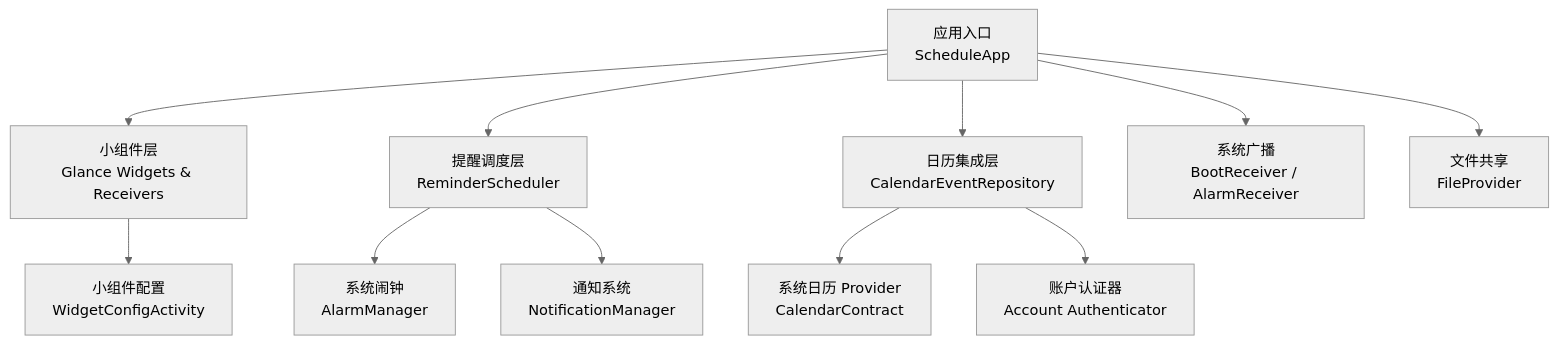
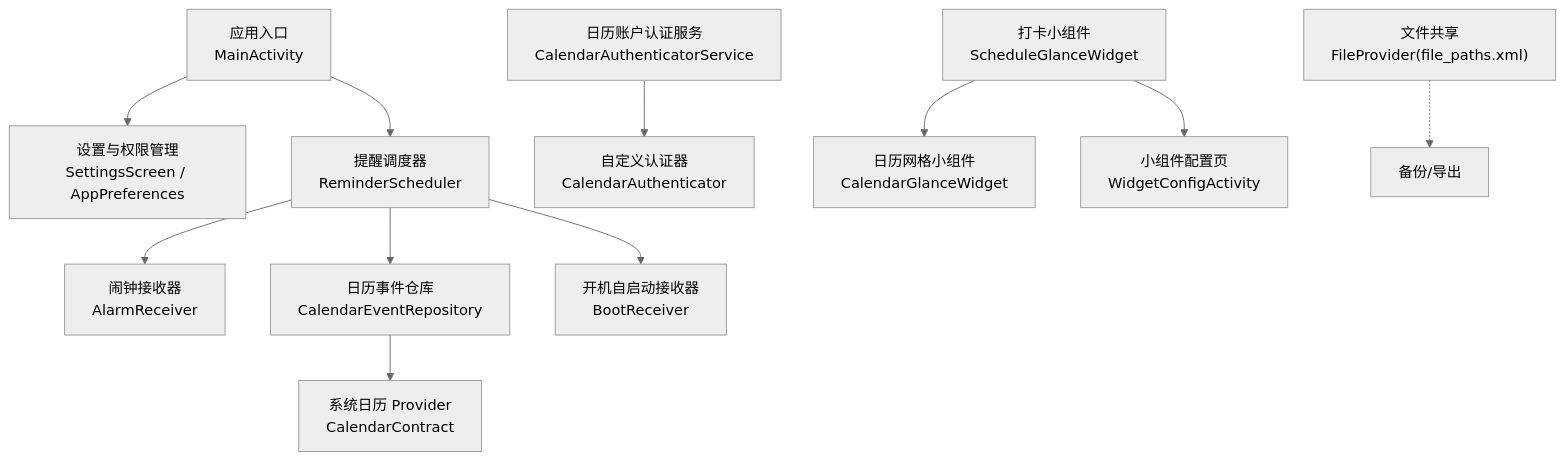
One commit to xiaobai860/paibanrili changed the first of 7 diagrams in .qoder/repowiki/zh/content/系统集成/系统集成.md. Above: the diagram before and after it, drawn with Mermaid (neutral theme). The commit also changed other lines of this file and 245 other files, not shown here.

````diff
--- a/.qoder/repowiki/zh/content/系统集成/系统集成.md
+++ b/.qoder/repowiki/zh/content/系统集成/系统集成.md
@@ -53,13 +47,13 @@
 ```mermaid
 graph TB
-A["应用入口<br/>ScheduleApp"] --> B["小组件层<br/>Glance Widgets & Receivers"]
-A --> C["提醒调度层<br/>ReminderScheduler"]
-A --> D["日历集成层<br/>CalendarEventRepository"]
-C --> E["系统闹钟<br/>AlarmManager"]
-C --> F["通知系统<br/>NotificationManager"]
-D --> G["系统日历 Provider<br/>CalendarContract"]
-D --> H["账户认证器<br/>Account Authenticator"]
-B --> I["小组件配置<br/>WidgetConfigActivity"]
-A --> J["系统广播<br/>BootReceiver / AlarmReceiver"]
-A --> K["文件共享<br/>FileProvider"]
+A["应用入口<br/>MainActivity"] --> B["设置与权限管理<br/>SettingsScreen / AppPreferences"]
+A --> C["提醒调度器<br/>ReminderScheduler"]
+C --> D["闹钟接收器<br/>AlarmReceiver"]
+C --> E["日历事件仓库<br/>CalendarEventRepository"]
+E --> F["系统日历 Provider<br/>CalendarContract"]
+C --> G["开机自启动接收器<br/>BootReceiver"]
+H["日历账户认证服务<br/>CalendarAuthenticatorService"] --> I["自定义认证器<br/>CalendarAuthenticator"]
+J["打卡小组件<br/>ScheduleGlanceWidget"] --> K["日历网格小组件<br/>CalendarGlanceWidget"]
+J --> L["小组件配置页<br/>WidgetConfigActivity"]
+M["文件共享<br/>FileProvider(file_paths.xml)"] -.-> N["备份/导出"]
 ```
````
